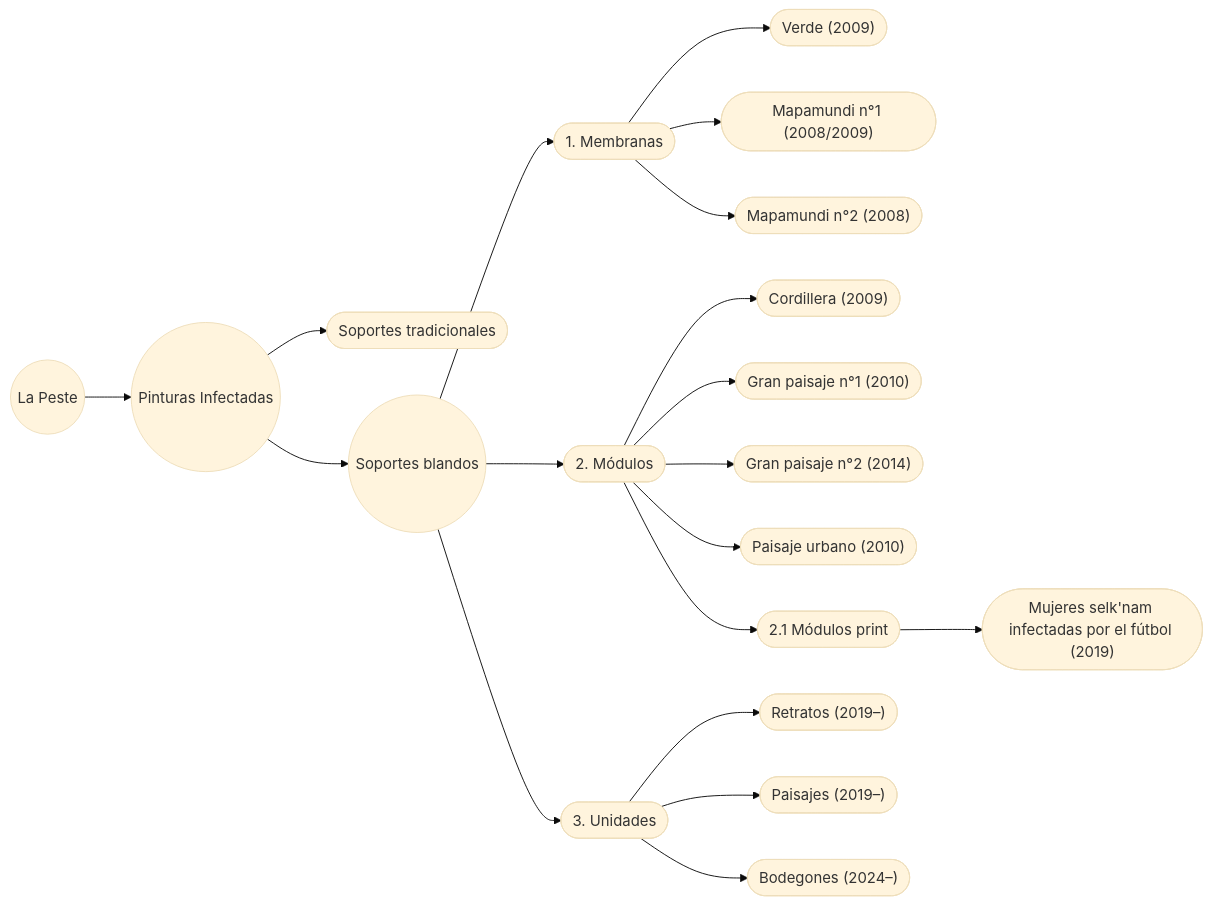
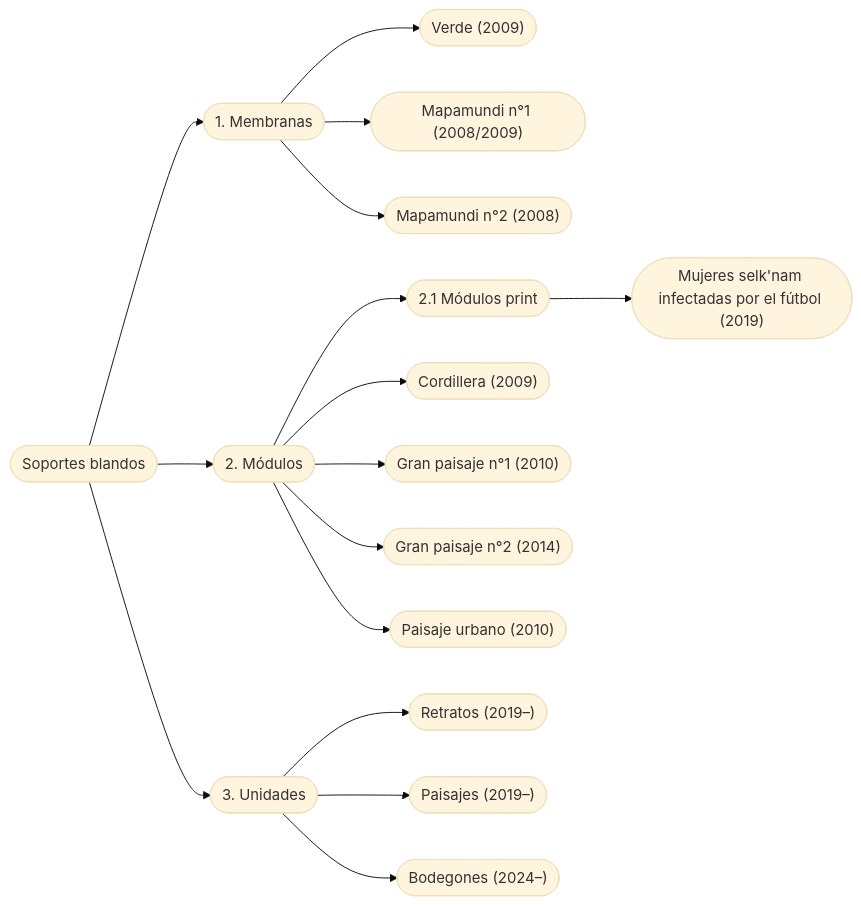
The third of 6 diagrams in ES/peste-pinturas-infectadas.md (EGGS-Artesvisuales/EGGS-Artesvisuales.github.io), drawn with Mermaid (base theme) before and after one commit. The commit also changed other lines of this file, not shown here.

```diff
--- a/ES/peste-pinturas-infectadas.md
+++ b/ES/peste-pinturas-infectadas.md
@@ -399,60 +437,49 @@
 <div class="mermaid">
 flowchart LR
-  %% =========================
-  %% LA PESTE → PINTURAS INFECTADAS → SOPORTES BLANDOS (taxonomía + obras)
-  %% =========================
+  SB([Soportes blandos])
+  MEM(["1. Membranas"])
+  MOD(["2. Módulos"])
+  MODP(["2.1 Módulos print"])
+  UNI(["3. Unidades"])
 
-  LP((La Peste))
-  PI((Pinturas Infectadas))
+  SB --> MEM
+  SB --> MOD
+  MOD --> MODP
+  SB --> UNI
 
-  LP --> PI
-
-  PI --> ST(["Soportes tradicionales"])
-  PI --> SB(("Soportes blandos"))
-
-  %% --- SOPORTES BLANDOS (estructura de tu página) ---
-  SB --> MEM(["1. Membranas"])
   MEM --> VER(["Verde (2009)"])
   MEM --> MAP1(["Mapamundi n°1 (2008/2009)"])
   MEM --> MAP2(["Mapamundi n°2 (2008)"])
 
-  SB --> MOD(["2. Módulos"])
   MOD --> COR(["Cordillera (2009)"])
   MOD --> GP1(["Gran paisaje n°1 (2010)"])
   MOD --> GP2(["Gran paisaje n°2 (2014)"])
   MOD --> PU(["Paisaje urbano (2010)"])
 
-  MOD --> MODP(["2.1 Módulos print"])
   MODP --> SELK(["Mujeres selk'nam infectadas por el fútbol (2019)"])
 
-  SB --> UNI(["3. Unidades"])
   UNI --> URET(["Retratos (2019–)"])
   UNI --> UPAI(["Paisajes (2019–)"])
   UNI --> UBOD(["Bodegones (2024–)"])
-
-  %% --- navegación (páginas / anchors) ---
-  click LP "/ES/la-peste.html" "Ver La Peste"
-  click PI "/ES/peste-pinturas-infectadas.html" "Ver Pinturas Infectadas"
 
   click SB "#soportes-blandos" "Ir a Soportes blandos"
   click MEM "#membranas" "Ir a Membranas"
   click MOD "#modulos" "Ir a Módulos"
   click MODP "#modulos-prints" "Ir a Módulos print"
   click UNI "#unidades" "Ir a Unidades"
 
-  %% --- navegación a OBRAS (requiere ids en tu HTML) ---
   click VER "#verde-2009" "Ir a Verde (2009)"
-  click MAP1 "#mapamundi-2009-1" "Ir a Mapamundi n°1"
-  click MAP2 "#mapamundi-2008-2" "Ir a Mapamundi n°2"
+  click MAP1 "#mapamundi-2009-1" "Ir a Mapamundi n°1 (2008/2009)"
+  click MAP2 "#mapamundi-2008-2" "Ir a Mapamundi n°2 (2008)"
 
   click COR "#cordillera-2009" "Ir a Cordillera (2009)"
   click GP1 "#gran-paisaje-1-2010" "Ir a Gran paisaje n°1 (2010)"
   click GP2 "#gran-paisaje-2-2014" "Ir a Gran paisaje n°2 (2014)"
   click PU "#paisaje-urbano-2010" "Ir a Paisaje urbano (2010)"
 
-  click SELK "#mujeres-selknam-2019" "Ir a Módulos print (2019)"
+  click SELK "#mujeres-selknam-2019" "Ir a Mujeres selk'nam (2019)"
 
   click URET "#unidades-retratos-2019" "Ir a Unidades: Retratos"
   click UPAI "#unidades-paisajes-2019" "Ir a Unidades: Paisajes"
   click UBOD "#unidades-bodegones-2024" "Ir a Unidades: Bodegones"
 </div>
```
